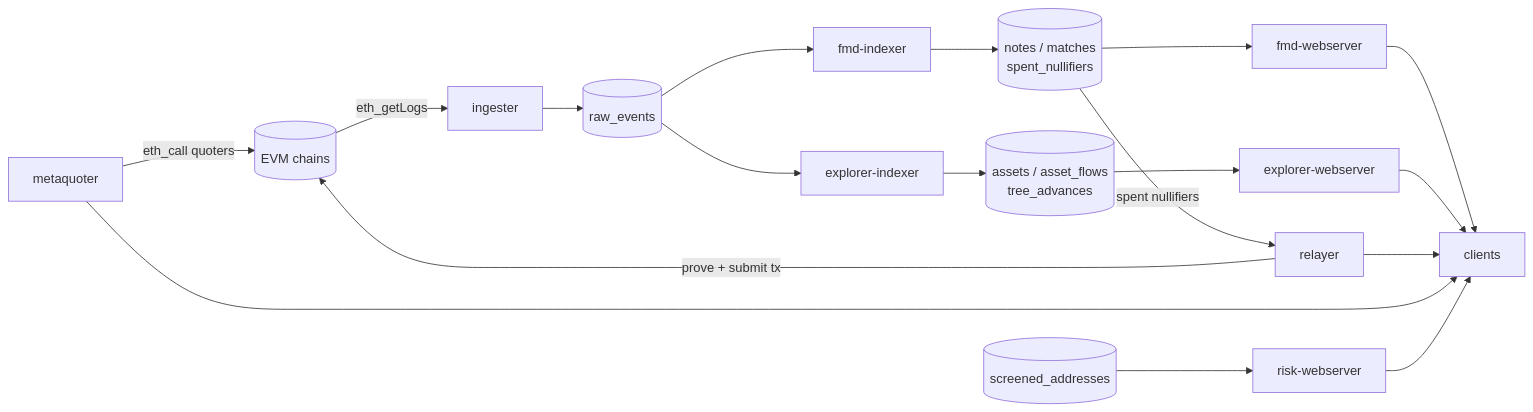
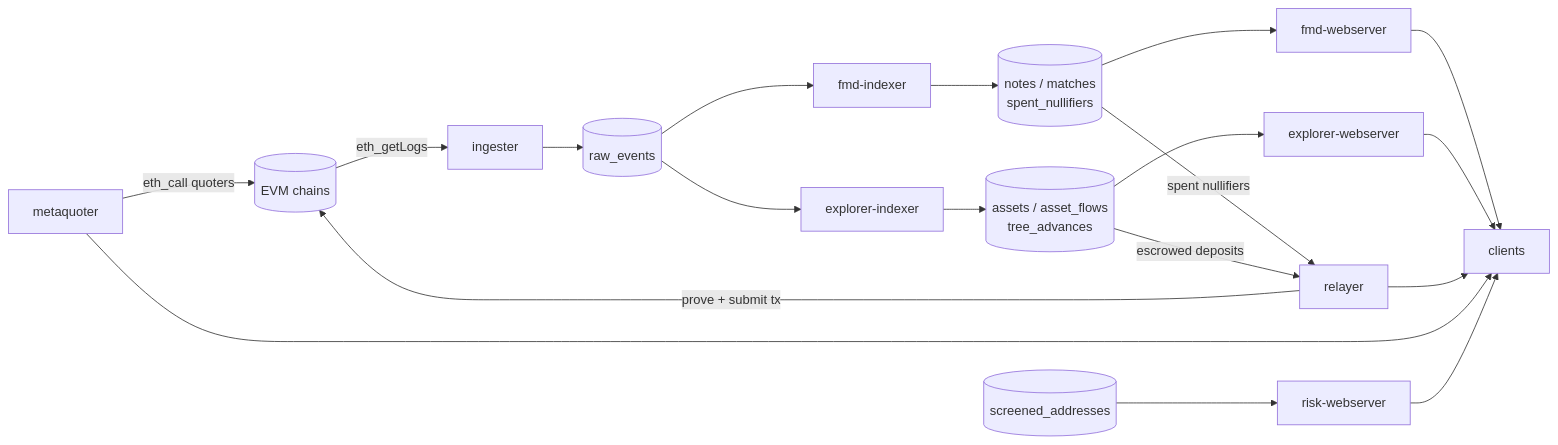
Before and after one commit to lelantos-org/backend: the first of 8 diagrams in README.md, drawn with Mermaid. The commit also changed other lines of this file and 14 other files, not shown here.

````diff
--- a/README.md
+++ b/README.md
@@ -13,20 +13,21 @@
 ```mermaid
 flowchart LR
   EVM[(EVM chains)] -->|eth_getLogs| ING[ingester]
   ING --> RAW[(raw_events)]
   RAW --> FI[fmd-indexer]
   RAW --> EI[explorer-indexer]
   FI --> FT[(notes / matches<br/>spent_nullifiers)]
   EI --> ET[(assets / asset_flows<br/>tree_advances)]
   FT --> FW[fmd-webserver]
   ET --> EW[explorer-webserver]
   REL[relayer] -->|prove + submit tx| EVM
   FT -->|spent nullifiers| REL
+  ET -->|escrowed deposits| REL
   MQ[metaquoter] -->|eth_call quoters| EVM
   SA[(screened_addresses)] --> RW[risk-webserver]
   FW --> APP[clients]
   EW --> APP
   REL --> APP
   MQ --> APP
   RW --> APP
 ```
````
